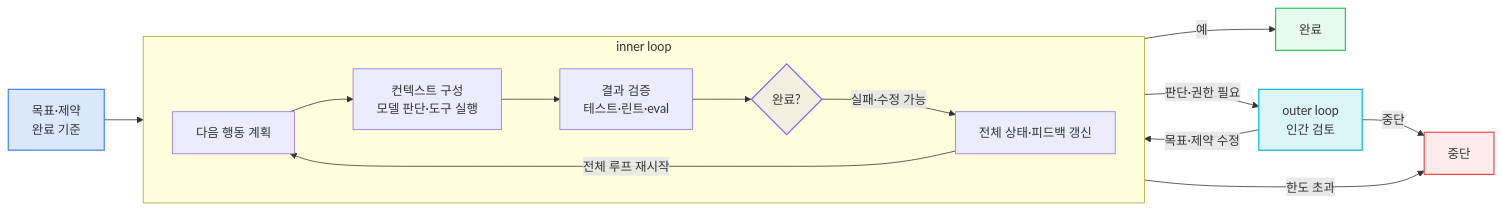
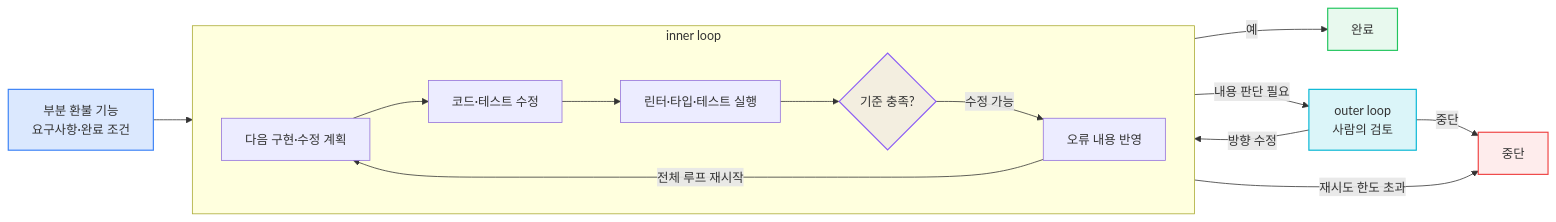
One commit to wonseok-han/my-blog changed the second of 3 diagrams in contents/blog-posts/21-에이전트-워크플로우와-개발자의-중심-잡기.mdx. Above: the diagram before and after it, drawn with Mermaid. The commit also changed other lines of this file and 1 other file, not shown here.

````diff
--- a/contents/blog-posts/21-에이전트-워크플로우와-개발자의-중심-잡기.mdx
+++ b/contents/blog-posts/21-에이전트-워크플로우와-개발자의-중심-잡기.mdx
@@ -125,26 +202,26 @@
 ```mermaid
 flowchart LR
-    Goal["목표·제약<br/>완료 기준"]
+    Goal["부분 환불 기능<br/>요구사항·완료 조건"]
 
     subgraph Inner["inner loop"]
         direction LR
-        Plan["다음 행동 계획"] --> Act["컨텍스트 구성<br/>모델 판단·도구 실행"]
-        Act --> Check["결과 검증<br/>테스트·린트·eval"]
-        Check --> Decision{"완료?"}
-        Decision -->|실패·수정 가능| Update["전체 상태·피드백 갱신"]
+        Plan["다음 구현·수정 계획"] --> Act["코드·테스트 수정"]
+        Act --> Check["린터·타입·테스트 실행"]
+        Check --> Decision{"기준 충족?"}
+        Decision -->|수정 가능| Update["오류 내용 반영"]
         Update -->|전체 루프 재시작| Plan
     end
 
     Goal --> Plan
     Decision -->|예| Done["완료"]
-    Decision -->|판단·권한 필요| Human["outer loop<br/>인간 검토"]
-    Decision -->|한도 초과| Stop["중단"]
-    Human -->|목표·제약 수정| Plan
+    Decision -->|내용 판단 필요| Human["outer loop<br/>사람의 검토"]
+    Decision -->|재시도 한도 초과| Stop["중단"]
+    Human -->|방향 수정| Plan
     Human -->|중단| Stop
 
     style Goal fill:#3b82f62e,stroke:#3b82f6,stroke-width:1.5px
     style Decision fill:#8b5cf61a,stroke:#8b5cf6,stroke-width:1.5px
     style Human fill:#06b6d424,stroke:#06b6d4,stroke-width:1.5px
     style Done fill:#22c55e1a,stroke:#22c55e,stroke-width:1.5px
     style Stop fill:#ef44441a,stroke:#ef4444,stroke-width:1.5px
 ```
````
